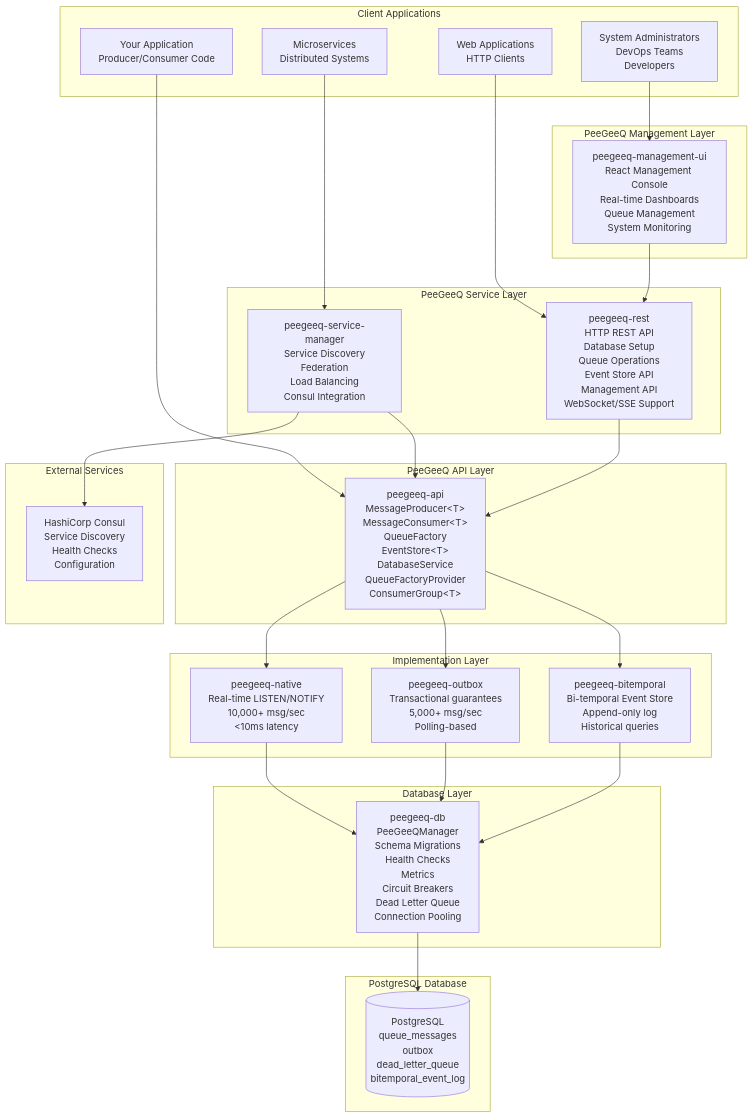
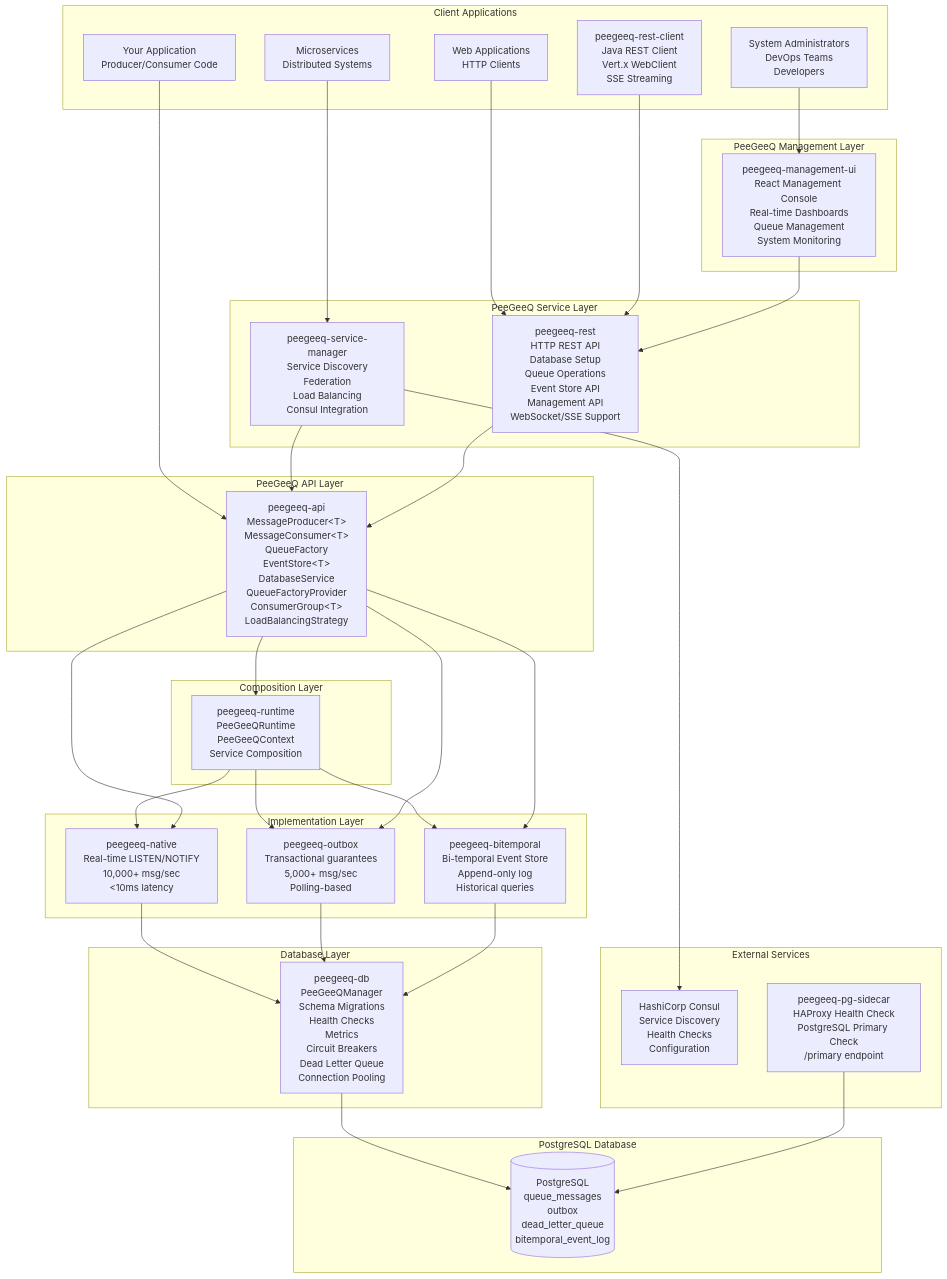
The first of 3 diagrams in docs/PEEGEEQ_ARCHITECTURE_API_GUIDE.md (mraysmit/peegeeq), drawn with Mermaid before and after one commit. The commit also changed other lines of this file and 14 other files, not shown here.

First line of the commit message:
Refactor QueueHandler and DTOs for improved message handling and validation

````diff
--- a/docs/PEEGEEQ_ARCHITECTURE_API_GUIDE.md
+++ b/docs/PEEGEEQ_ARCHITECTURE_API_GUIDE.md
@@ -49,59 +49,72 @@
 ```mermaid
 graph TB
     subgraph "Client Applications"
         APP[Your Application<br/>Producer/Consumer Code]
         WEB[Web Applications<br/>HTTP Clients]
+        RESTCLIENT[peegeeq-rest-client<br/>Java REST Client<br/>Vert.x WebClient<br/>SSE Streaming]
         SERVICES[Microservices<br/>Distributed Systems]
         ADMIN[System Administrators<br/>DevOps Teams<br/>Developers]
     end
 
     subgraph "PeeGeeQ Management Layer"
         UI[peegeeq-management-ui<br/>React Management Console<br/>Real-time Dashboards<br/>Queue Management<br/>System Monitoring]
     end
 
     subgraph "PeeGeeQ Service Layer"
         SM[peegeeq-service-manager<br/>Service Discovery<br/>Federation<br/>Load Balancing<br/>Consul Integration]
         REST[peegeeq-rest<br/>HTTP REST API<br/>Database Setup<br/>Queue Operations<br/>Event Store API<br/>Management API<br/>WebSocket/SSE Support]
     end
 
     subgraph "PeeGeeQ API Layer"
-        API[peegeeq-api<br/>MessageProducer&lt;T&gt;<br/>MessageConsumer&lt;T&gt;<br/>QueueFactory<br/>EventStore&lt;T&gt;<br/>DatabaseService<br/>QueueFactoryProvider<br/>ConsumerGroup&lt;T&gt;]
+        API[peegeeq-api<br/>MessageProducer&lt;T&gt;<br/>MessageConsumer&lt;T&gt;<br/>QueueFactory<br/>EventStore&lt;T&gt;<br/>DatabaseService<br/>QueueFactoryProvider<br/>ConsumerGroup&lt;T&gt;<br/>LoadBalancingStrategy]
+    end
+
+    subgraph "Composition Layer"
+        RUNTIME[peegeeq-runtime<br/>PeeGeeQRuntime<br/>PeeGeeQContext<br/>Service Composition]
     end
 
     subgraph "Implementation Layer"
         NATIVE[peegeeq-native<br/>Real-time LISTEN/NOTIFY<br/>10,000+ msg/sec<br/>&lt;10ms latency]
         OUTBOX[peegeeq-outbox<br/>Transactional guarantees<br/>5,000+ msg/sec<br/>Polling-based]
         BITEMPORAL[peegeeq-bitemporal<br/>Bi-temporal Event Store<br/>Append-only log<br/>Historical queries]
     end
 
     subgraph "Database Layer"
         DB[peegeeq-db<br/>PeeGeeQManager<br/>Schema Migrations<br/>Health Checks<br/>Metrics<br/>Circuit Breakers<br/>Dead Letter Queue<br/>Connection Pooling]
     end
 
     subgraph "External Services"
         CONSUL[HashiCorp Consul<br/>Service Discovery<br/>Health Checks<br/>Configuration]
+        SIDECAR[peegeeq-pg-sidecar<br/>HAProxy Health Check<br/>PostgreSQL Primary Check<br/>/primary endpoint]
     end
 
     subgraph "PostgreSQL Database"
         POSTGRES[(PostgreSQL<br/>queue_messages<br/>outbox<br/>dead_letter_queue<br/>bitemporal_event_log)]
     end
 
     APP --> API
     WEB --> REST
+    RESTCLIENT --> REST
     SERVICES --> SM
     ADMIN --> UI
 
     UI --> REST
     SM --> CONSUL
     SM --> API
     REST --> API
+
+    API --> RUNTIME
+    RUNTIME --> NATIVE
+    RUNTIME --> OUTBOX
+    RUNTIME --> BITEMPORAL
 
     API --> NATIVE
     API --> OUTBOX
     API --> BITEMPORAL
 
     NATIVE --> DB
     OUTBOX --> DB
     BITEMPORAL --> DB
     DB --> POSTGRES
+    SIDECAR --> POSTGRES
 ```
````
